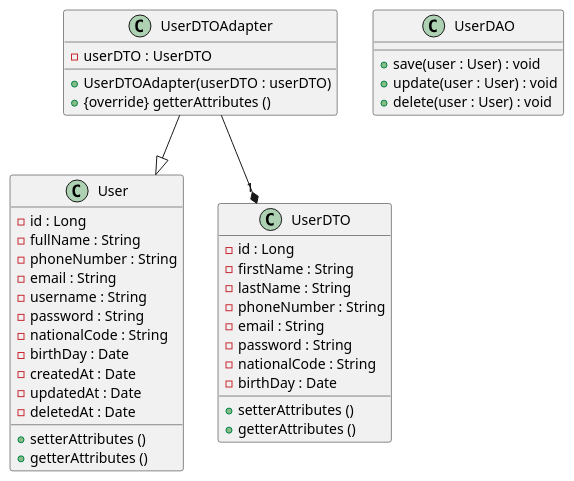
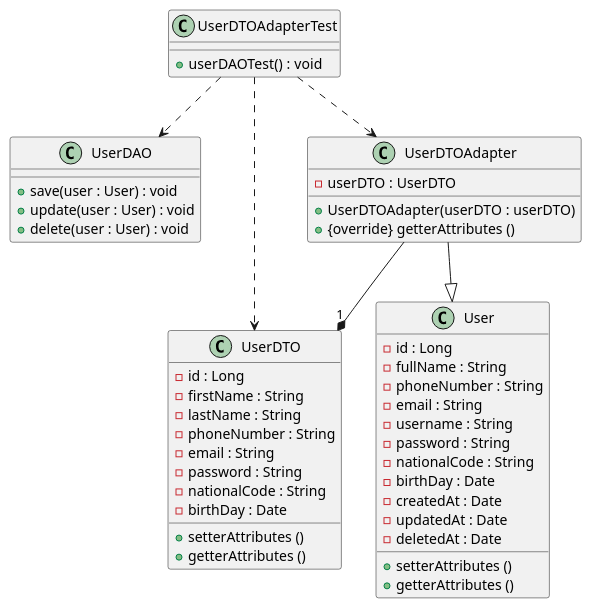
Before and after one commit to reza-hdrm/DesignPatterns: the diagram in src/main/java/com/rezahdrm/structural/adapter/adapterUML.puml, drawn with PlantUML. The commit also changed 37 other files, not shown here.

```diff
--- a/src/main/java/com/rezahdrm/structural/adapter/adapterUML.puml
+++ b/src/main/java/com/rezahdrm/structural/adapter/adapterUML.puml
@@ -1,50 +1,56 @@
 @startuml
 
-class User{
+class User {
 	- id : Long
 	- fullName : String
 	- phoneNumber : String
 	- email : String
 	- username : String
 	- password : String
 	- nationalCode : String
 	- birthDay : Date
 	- createdAt : Date
 	- updatedAt : Date
 	- deletedAt : Date
 
 	+ setterAttributes ()
 	+ getterAttributes ()
 }
 
-class UserDAO{
+class UserDAO {
 	+ save(user : User) : void
     + update(user : User) : void
     + delete(user : User) : void
 }
 
 class UserDTO{
 	- id : Long
 	- firstName : String
 	- lastName : String
 	- phoneNumber : String
 	- email : String
 	- password : String
 	- nationalCode : String
 	- birthDay : Date
 
 	+ setterAttributes ()
 	+ getterAttributes ()
 }
 
-class UserDTOAdapter{
+class UserDTOAdapter {
 	- userDTO : UserDTO
     + UserDTOAdapter(userDTO : userDTO)
 	+ {override} getterAttributes ()
 }
 
+class UserDTOAdapterTest {
+    + userDAOTest() : void
+}
 
 UserDTOAdapter --|> User
 UserDTOAdapter --* "1" UserDTO
+UserDTOAdapterTest ..> UserDAO
+UserDTOAdapterTest ..> UserDTOAdapter
+UserDTOAdapterTest ..> UserDTO
 
 @enduml
```
